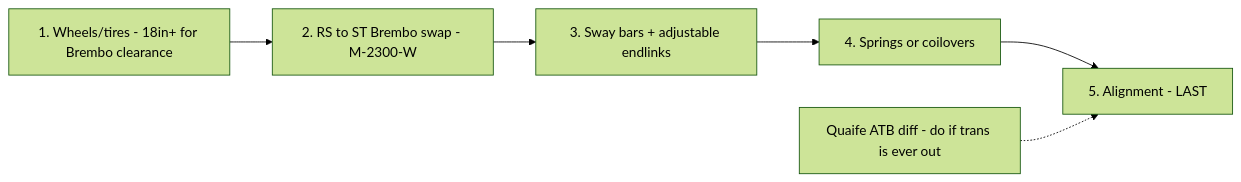
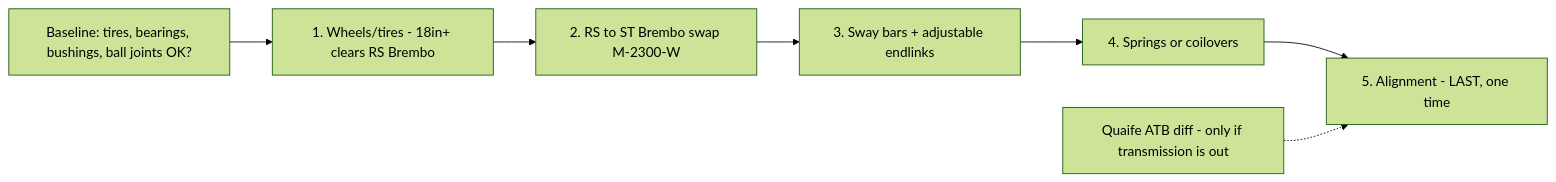
One commit to 2smok3d/focus-st changed the first of 3 diagrams in docs/projects/handling-brakes.md. Above: the diagram before and after it, drawn with Mermaid (forest theme). The commit also changed other lines of this file and 1 other file, not shown here.

````diff
--- a/docs/projects/handling-brakes.md
+++ b/docs/projects/handling-brakes.md
@@ -12,8 +13,9 @@
 ```mermaid
 flowchart LR
-    W[1. Wheels/tires - 18in+ for Brembo clearance] --> B[2. RS to ST Brembo swap - M-2300-W]
-    B --> SB[3. Sway bars + adjustable endlinks]
+    B[Baseline: tires, bearings, bushings, ball joints OK?] --> W[1. Wheels/tires - 18in+ clears RS Brembo]
+    W --> BR[2. RS to ST Brembo swap M-2300-W]
+    BR --> SB[3. Sway bars + adjustable endlinks]
     SB --> S[4. Springs or coilovers]
-    S --> AL[5. Alignment - LAST]
-    D[Quaife ATB diff - do if trans is ever out] -.-> AL
+    S --> AL[5. Alignment - LAST, one time]
+    D[Quaife ATB diff - only if transmission is out] -.-> AL
 ```
````
